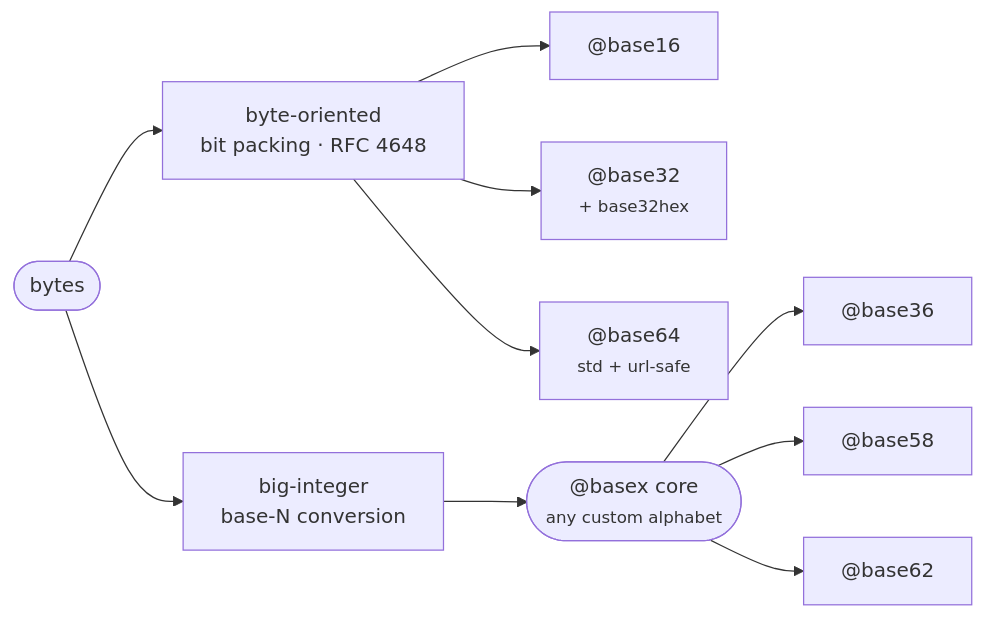
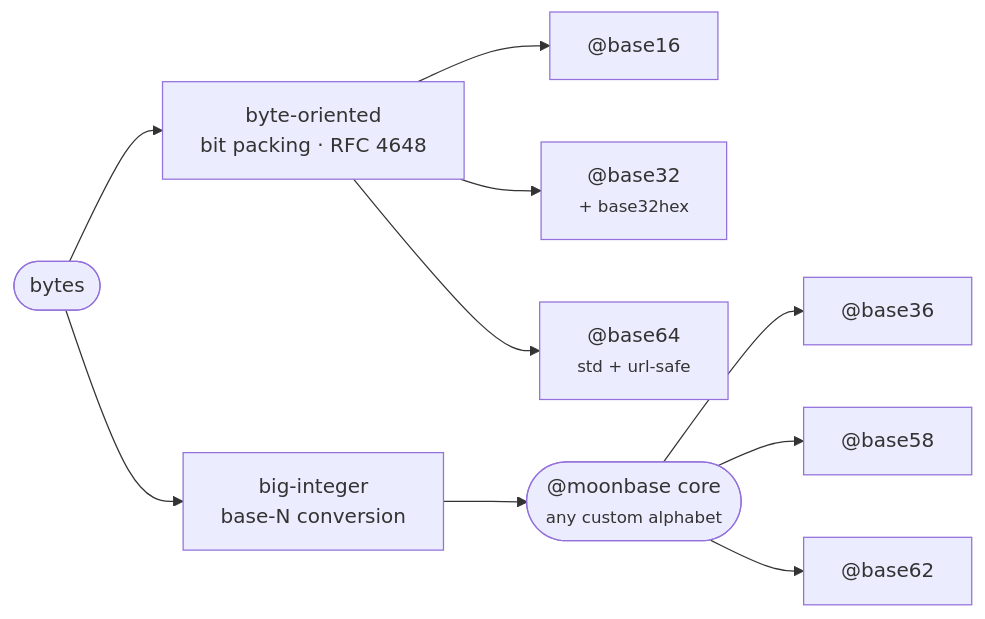
The diagram in README.md (moonbitstack/moonbase), drawn with Mermaid before and after one commit. The commit also changed other lines of this file and 22 other files, not shown here.

Commit message:
chore(moonbase): rename from basex, move to the moonbitstack org, bump to 0.3.0.

````diff
--- a/README.md
+++ b/README.md
@@ -30,12 +32,12 @@
 ```mermaid
 flowchart LR
     B([bytes]) --> BY["byte-oriented<br/>bit packing · RFC 4648"]
     B --> IN["big-integer<br/>base-N conversion"]
     BY --> b16["@base16"]
     BY --> b32["@base32<br/><small>+ base32hex</small>"]
     BY --> b64["@base64<br/><small>std + url-safe</small>"]
-    IN --> core(["@basex core<br/><small>any custom alphabet</small>"])
+    IN --> core(["@moonbase core<br/><small>any custom alphabet</small>"])
     core --> b36["@base36"]
     core --> b58["@base58"]
     core --> b62["@base62"]
 ```
````
